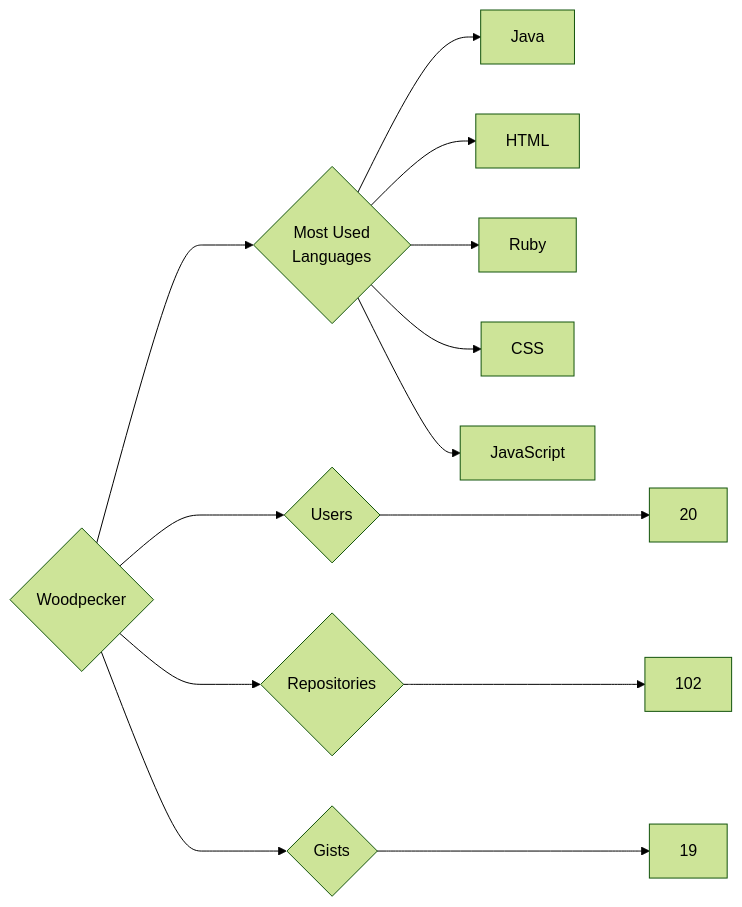
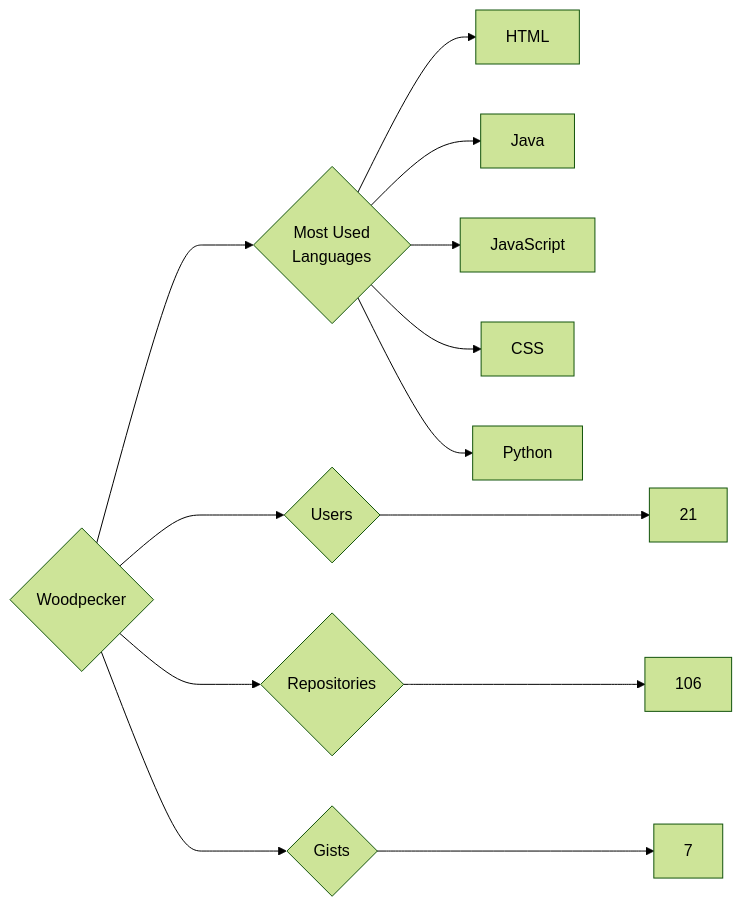
Before and after one commit to trickest/insiders: the diagram in targets/Woodpecker/README.md, drawn with Mermaid (forest theme). The commit also changed 964 other files, not shown here.

````diff
--- a/targets/Woodpecker/README.md
+++ b/targets/Woodpecker/README.md
@@ -3,13 +3,13 @@
 ```mermaid
 graph LR
 COMPANY_NAME{Woodpecker}
-COMPANY_NAME ---> U{Users} ---> UN[20]
-COMPANY_NAME ---> R{Repositories} ---> RN[102]
-COMPANY_NAME ---> G{Gists} ---> GN[19]
+COMPANY_NAME ---> U{Users} ---> UN[21]
+COMPANY_NAME ---> R{Repositories} ---> RN[106]
+COMPANY_NAME ---> G{Gists} ---> GN[7]
 COMPANY_NAME ---> ML{Most Used<br>Languages}
+ML --> HTML[HTML]
 ML --> Java[Java]
-ML --> HTML[HTML]
-ML --> Ruby[Ruby]
+ML --> JavaScript[JavaScript]
 ML --> CSS[CSS]
-ML --> JavaScript[JavaScript]
+ML --> Python[Python]
 ```
````
